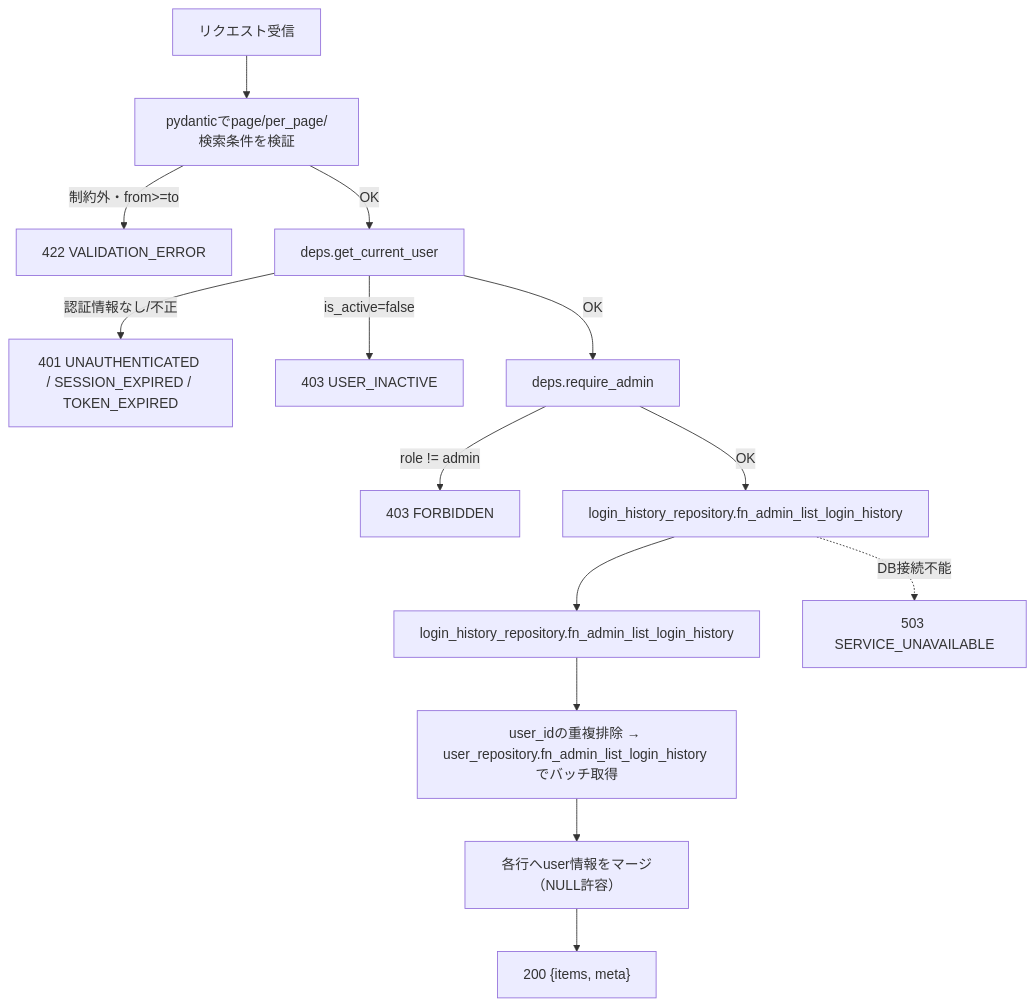
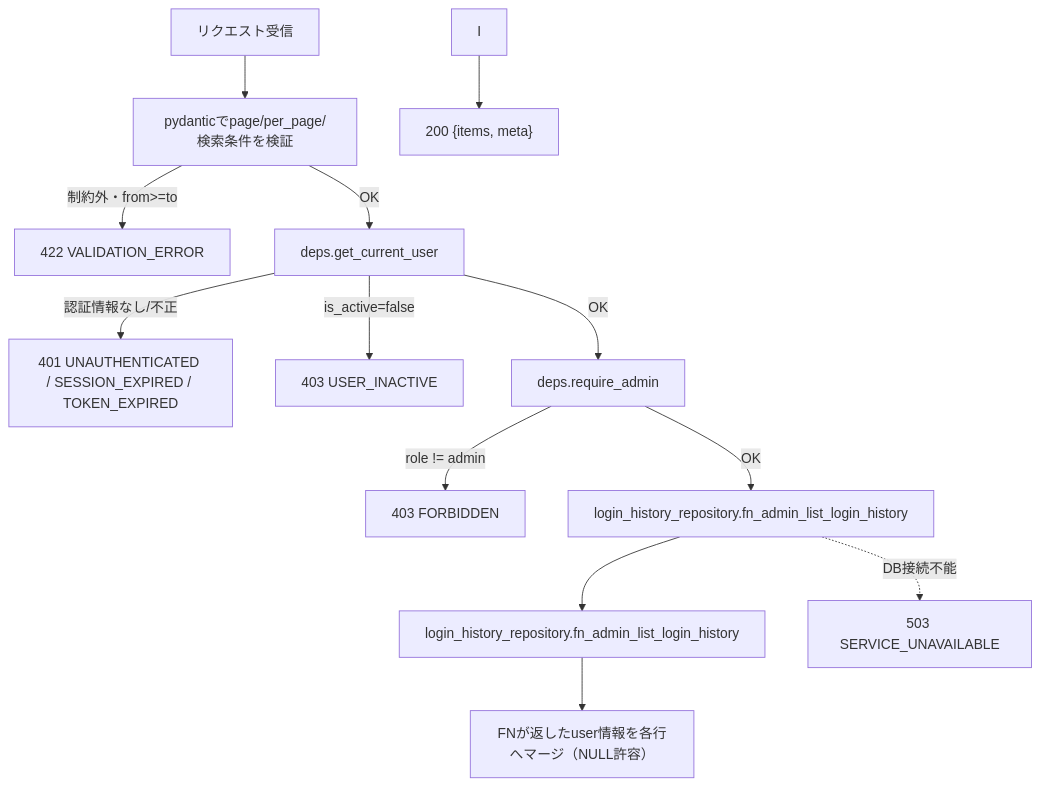
One commit to oikawa-d/task_management changed the second of 4 diagrams in docs/detailed_design/api/admin/07_get_admin_login_history.md. Above: the diagram before and after it, drawn with Mermaid. The commit also changed other lines of this file and 88 other files, not shown here.

````diff
--- a/docs/detailed_design/api/admin/07_get_admin_login_history.md
+++ b/docs/detailed_design/api/admin/07_get_admin_login_history.md
@@ -145,16 +137,15 @@
 ```mermaid
 flowchart TB
     A["リクエスト受信"] --> B["pydanticでpage/per_page/検索条件を検証"]
     B -->|"制約外・from>=to"| B1["422 VALIDATION_ERROR"]
     B -->|"OK"| C["deps.get_current_user"]
     C -->|"認証情報なし/不正"| C1["401 UNAUTHENTICATED / SESSION_EXPIRED / TOKEN_EXPIRED"]
     C -->|"is_active=false"| C2["403 USER_INACTIVE"]
     C -->|"OK"| E["deps.require_admin"]
     E -->|"role != admin"| E1["403 FORBIDDEN"]
     E -->|"OK"| F["login_history_repository.fn_admin_list_login_history"]
     F --> G["login_history_repository.fn_admin_list_login_history"]
-    G --> H["user_idの重複排除 → user_repository.fn_admin_list_login_history でバッチ取得"]
-    H --> I["各行へuser情報をマージ（NULL許容）"]
+    G --> H["FNが返したuser情報を各行へマージ（NULL許容）"]
     I --> J["200 {items, meta}"]
     F -.->|"DB接続不能"| K["503 SERVICE_UNAVAILABLE"]
 ```
````
